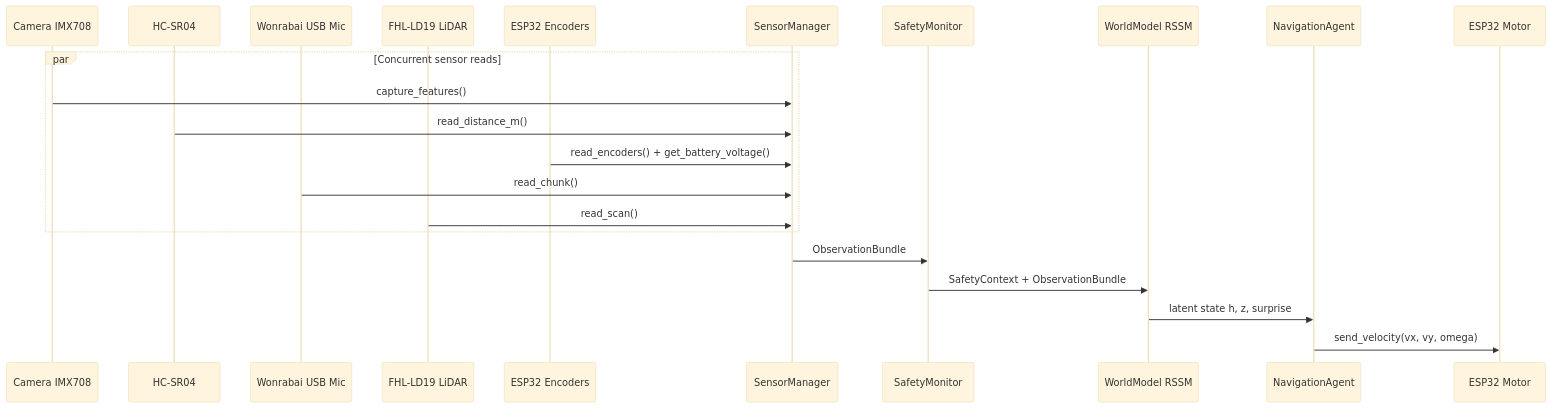
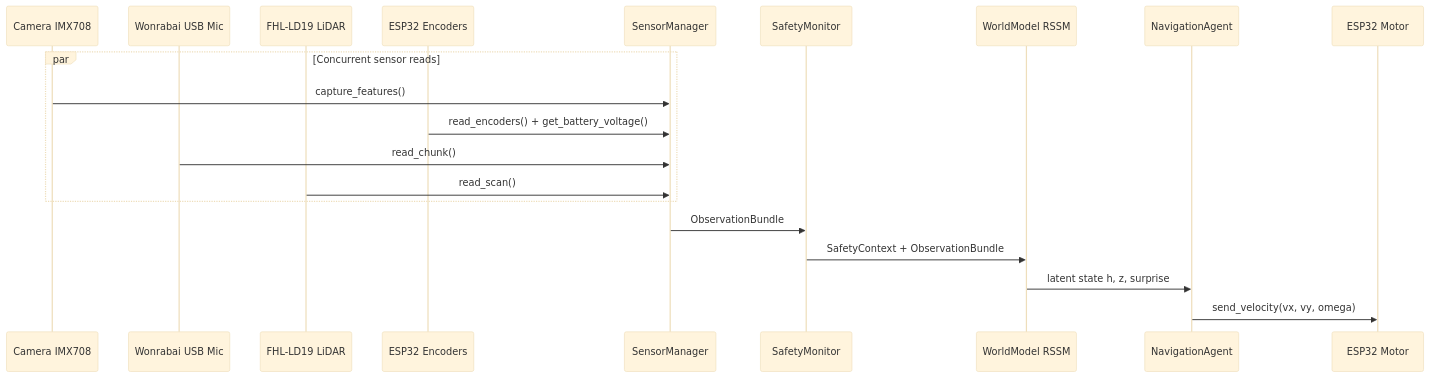
The tenth of 16 diagrams in docs/architecture.md (ianshank/Mouse-Droid-AGI), drawn with Mermaid (base theme) before and after one commit. The commit also changed other lines of this file and 53 other files, not shown here.

````diff
--- a/docs/architecture.md
+++ b/docs/architecture.md
@@ -494,26 +517,24 @@
 ```mermaid
 sequenceDiagram
     participant Camera as Camera IMX708
-    participant Sonic as HC-SR04
     participant Mic as Wonrabai USB Mic
     participant LiDAR as FHL-LD19 LiDAR
     participant ESP32 as ESP32 Encoders
     participant SM as SensorManager
     participant Safety as SafetyMonitor
     participant WM as WorldModel RSSM
     participant Agent as NavigationAgent
     participant Motor as ESP32 Motor
 
     par Concurrent sensor reads
         Camera->>SM: capture_features()
-        Sonic->>SM: read_distance_m()
         ESP32->>SM: read_encoders() + get_battery_voltage()
         Mic->>SM: read_chunk()
         LiDAR->>SM: read_scan()
     end
 
     SM->>Safety: ObservationBundle
     Safety->>WM: SafetyContext + ObservationBundle
     WM->>Agent: latent state h, z, surprise
     Agent->>Motor: send_velocity(vx, vy, omega)
 ```
````
